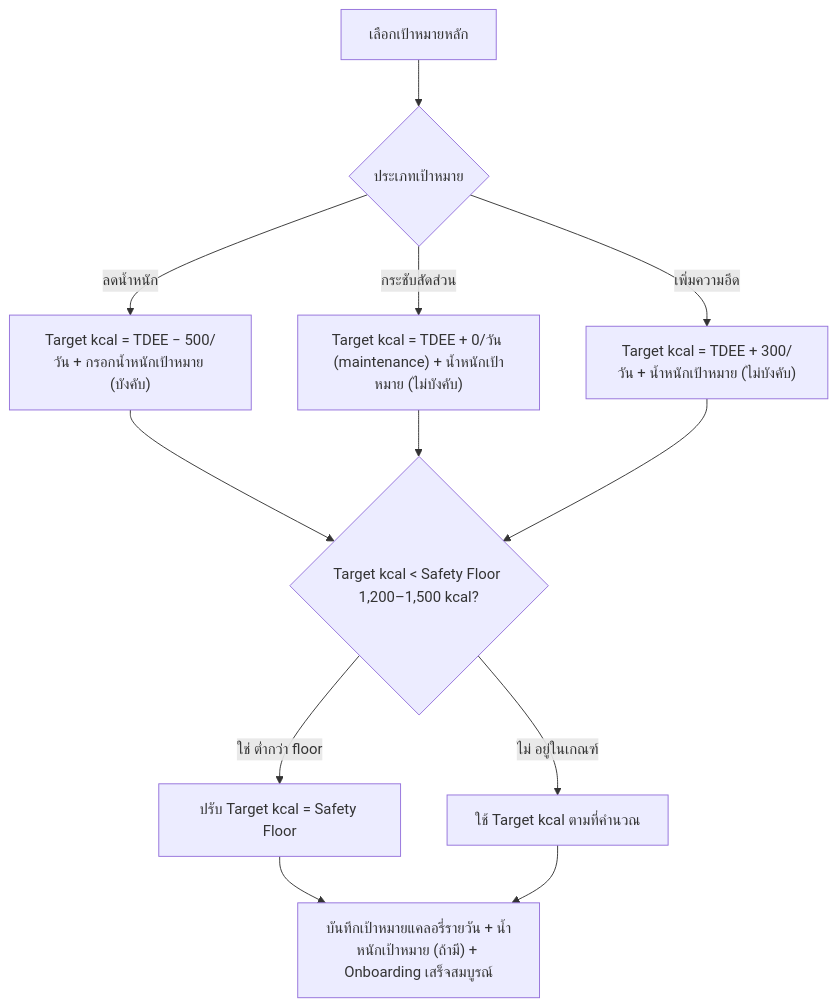
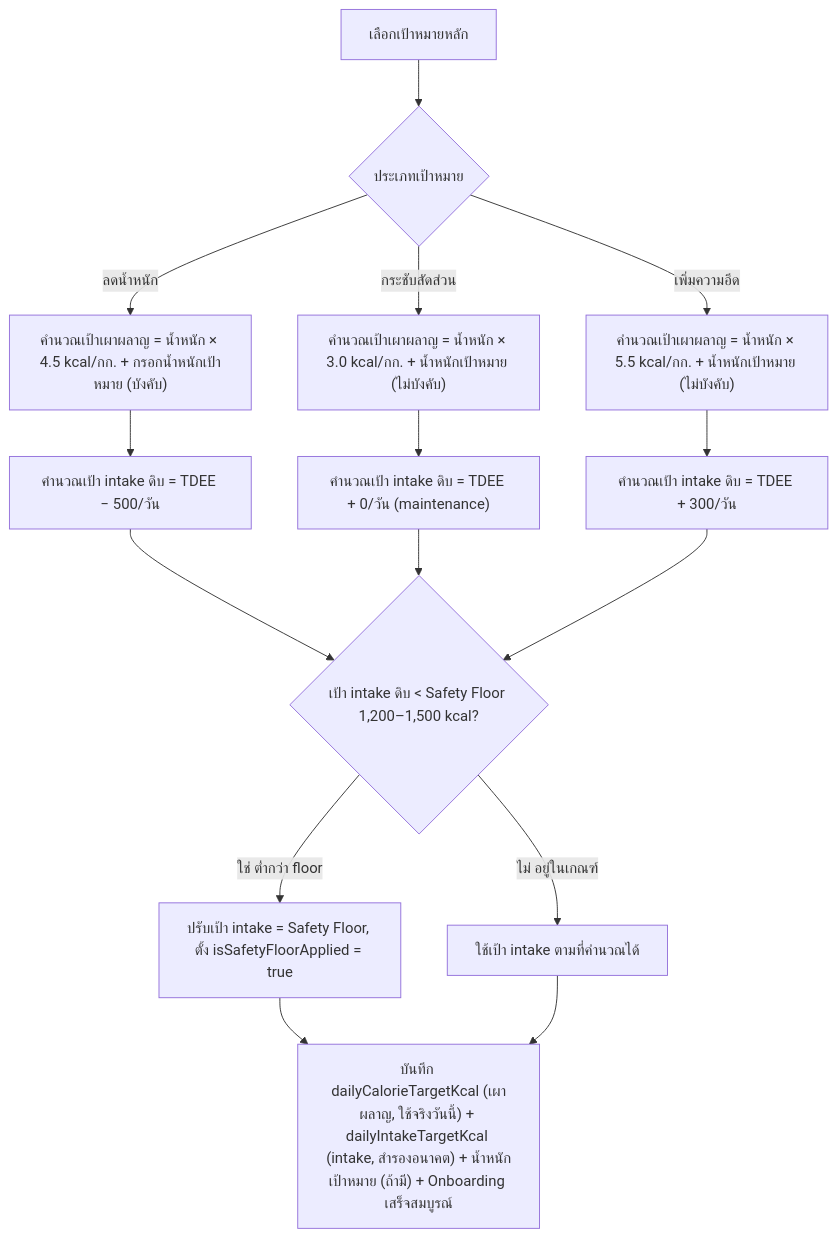
One commit to Kikofah/smartFit_daily changed the fourth of 16 diagrams in docs/02-design/01-prototypes/user-journeys.md. Above: the diagram before and after it, drawn with Mermaid. The commit also changed other lines of this file and 16 other files, not shown here.

First line of the commit message:
feat+docs: reinstate dual calorie targets (burn + intake/safety-floor)

````diff
--- a/docs/02-design/01-prototypes/user-journeys.md
+++ b/docs/02-design/01-prototypes/user-journeys.md
@@ -166,14 +166,17 @@
 ```mermaid
 flowchart TD
     A[เลือกเป้าหมายหลัก] --> B{ประเภทเป้าหมาย}
-    B -- ลดน้ำหนัก --> C["Target kcal = TDEE − 500/วัน + กรอกน้ำหนักเป้าหมาย (บังคับ)"]
-    B -- กระชับสัดส่วน --> D["Target kcal = TDEE + 0/วัน (maintenance) + น้ำหนักเป้าหมาย (ไม่บังคับ)"]
-    B -- เพิ่มความอึด --> E["Target kcal = TDEE + 300/วัน + น้ำหนักเป้าหมาย (ไม่บังคับ)"]
-    C --> F{"Target kcal < Safety Floor 1,200–1,500 kcal?"}
-    D --> F
-    E --> F
-    F -- ใช่ ต่ำกว่า floor --> G[ปรับ Target kcal = Safety Floor]
-    F -- ไม่ อยู่ในเกณฑ์ --> H[ใช้ Target kcal ตามที่คำนวณ]
-    G --> I["บันทึกเป้าหมายแคลอรี่รายวัน + น้ำหนักเป้าหมาย (ถ้ามี) + Onboarding เสร็จสมบูรณ์"]
+    B -- ลดน้ำหนัก --> C["คำนวณเป้าเผาผลาญ = น้ำหนัก × 4.5 kcal/กก. + กรอกน้ำหนักเป้าหมาย (บังคับ)"]
+    B -- กระชับสัดส่วน --> D["คำนวณเป้าเผาผลาญ = น้ำหนัก × 3.0 kcal/กก. + น้ำหนักเป้าหมาย (ไม่บังคับ)"]
+    B -- เพิ่มความอึด --> E["คำนวณเป้าเผาผลาญ = น้ำหนัก × 5.5 kcal/กก. + น้ำหนักเป้าหมาย (ไม่บังคับ)"]
+    C --> J["คำนวณเป้า intake ดิบ = TDEE − 500/วัน"]
+    D --> K["คำนวณเป้า intake ดิบ = TDEE + 0/วัน (maintenance)"]
+    E --> L["คำนวณเป้า intake ดิบ = TDEE + 300/วัน"]
+    J --> F{"เป้า intake ดิบ < Safety Floor 1,200–1,500 kcal?"}
+    K --> F
+    L --> F
+    F -- ใช่ ต่ำกว่า floor --> G[ปรับเป้า intake = Safety Floor, ตั้ง isSafetyFloorApplied = true]
+    F -- ไม่ อยู่ในเกณฑ์ --> H[ใช้เป้า intake ตามที่คำนวณได้]
+    G --> I["บันทึก dailyCalorieTargetKcal (เผาผลาญ, ใช้จริงวันนี้) + dailyIntakeTargetKcal (intake, สำรองอนาคต) + น้ำหนักเป้าหมาย (ถ้ามี) + Onboarding เสร็จสมบูรณ์"]
     H --> I
 ```
````
